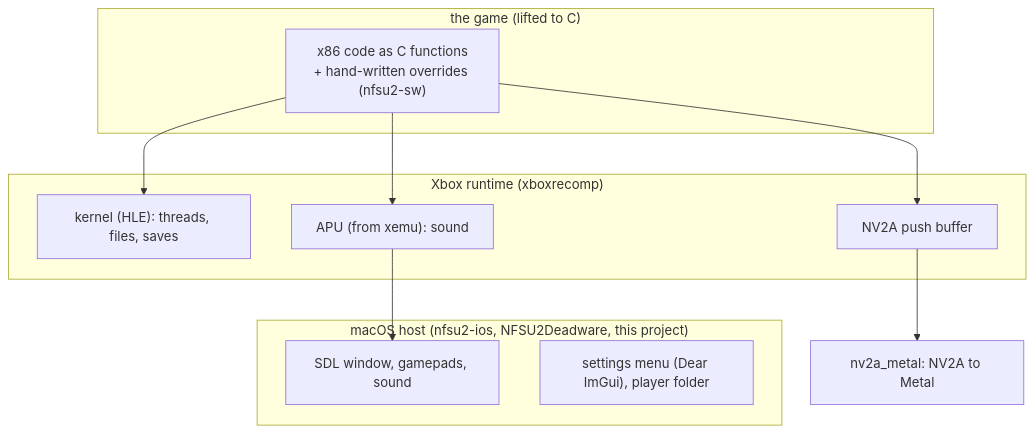
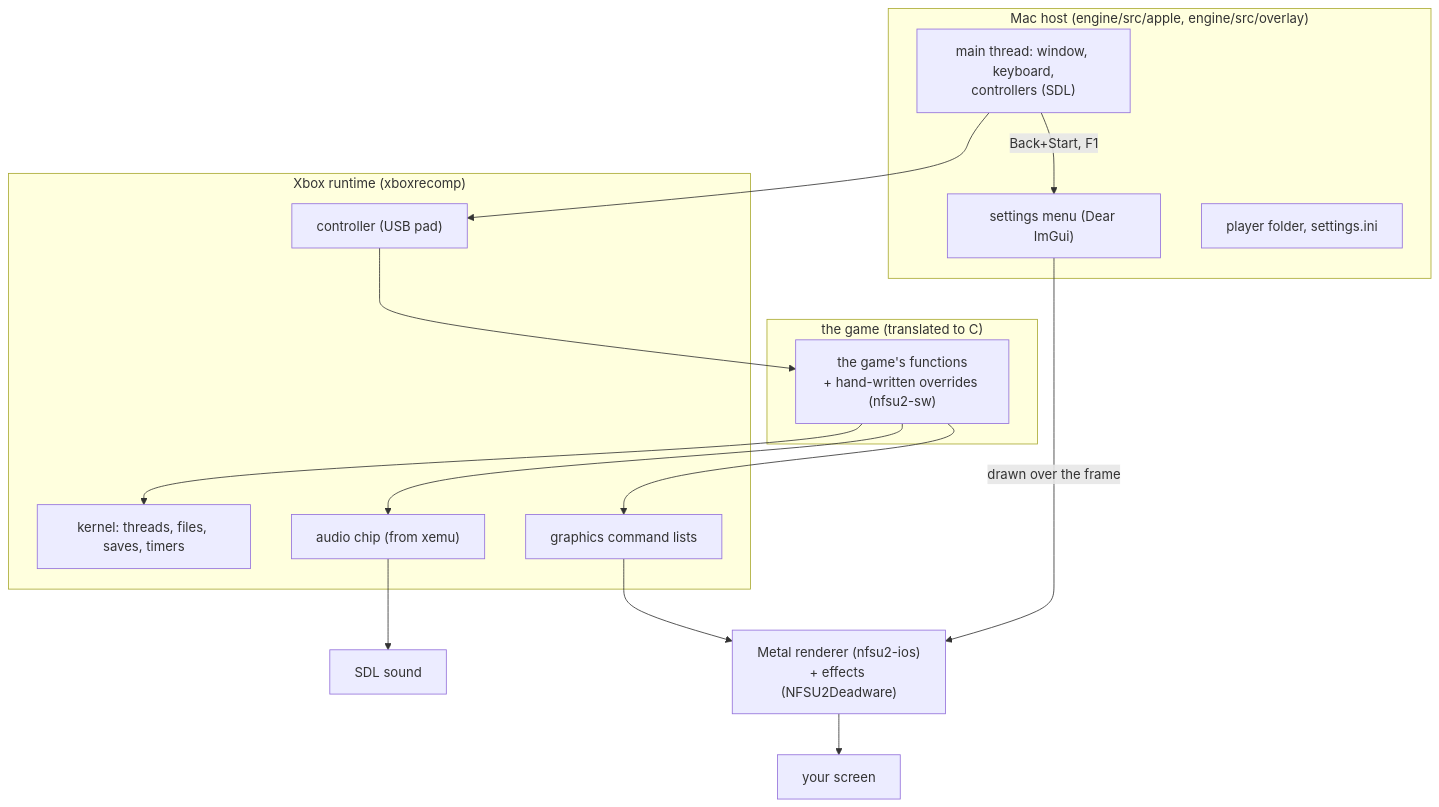
One commit to sanyokkua/nfsu2-xbox-port changed the second of 2 diagrams in README.md. Above: the diagram before and after it, drawn with Mermaid. The commit also changed other lines of this file and 6 other files, not shown here.

Commit message:
README in the ports' style: what it is, install and play (controls, settings menu, quitting, files), screenshots, how it works, architecture, thanks

````diff
--- a/README.md
+++ b/README.md
@@ -96,18 +171,24 @@
 ```mermaid
 flowchart TB
-    subgraph host["macOS host (nfsu2-ios, NFSU2Deadware, this project)"]
-        SDL["SDL window, gamepads, sound"]
-        MENU["settings menu (Dear ImGui), player folder"]
+    subgraph mac["Mac host (engine/src/apple, engine/src/overlay)"]
+        EV["main thread: window, keyboard,<br/>controllers (SDL)"]
+        MENU["settings menu (Dear ImGui)"]
+        PLAYER["player folder, settings.ini"]
     end
-    subgraph game["the game (lifted to C)"]
-        X86["x86 code as C functions<br/>+ hand-written overrides (nfsu2-sw)"]
+    subgraph game["the game (translated to C)"]
+        CODE["the game's functions<br/>+ hand-written overrides (nfsu2-sw)"]
     end
     subgraph runtime["Xbox runtime (xboxrecomp)"]
-        KRN["kernel (HLE): threads, files, saves"]
-        APU["APU (from xemu): sound"]
-        PB["NV2A push buffer"]
+        KRN["kernel: threads, files, saves, timers"]
+        PAD["controller (USB pad)"]
+        APU["audio chip (from xemu)"]
+        PB["graphics command lists"]
     end
-    X86 --> KRN
-    X86 --> APU --> SDL
-    X86 --> PB --> MTL["nv2a_metal: NV2A to Metal"]
+    EV --> PAD --> CODE
+    EV -->|"Back+Start, F1"| MENU
+    CODE --> KRN
+    CODE --> APU --> OUT["SDL sound"]
+    CODE --> PB --> MTL["Metal renderer (nfsu2-ios)<br/>+ effects (NFSU2Deadware)"]
+    MENU -->|"drawn over the frame"| MTL
+    MTL --> SCREEN["your screen"]
 ```
````
